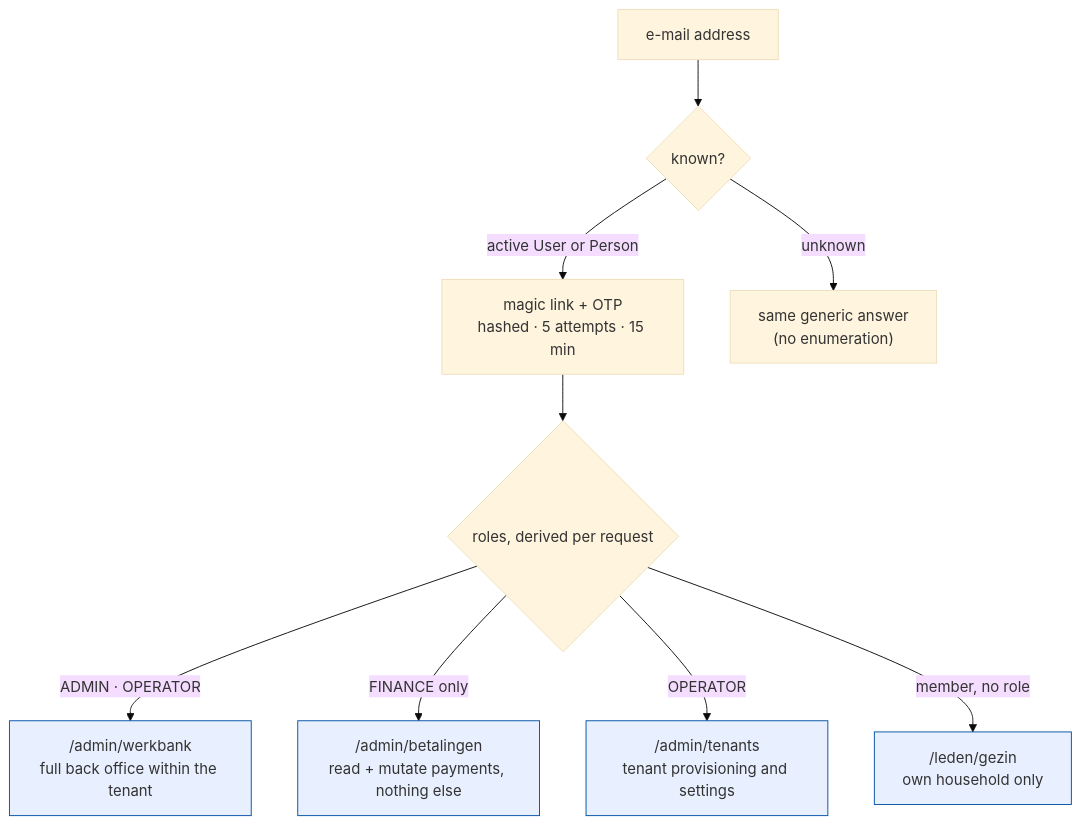
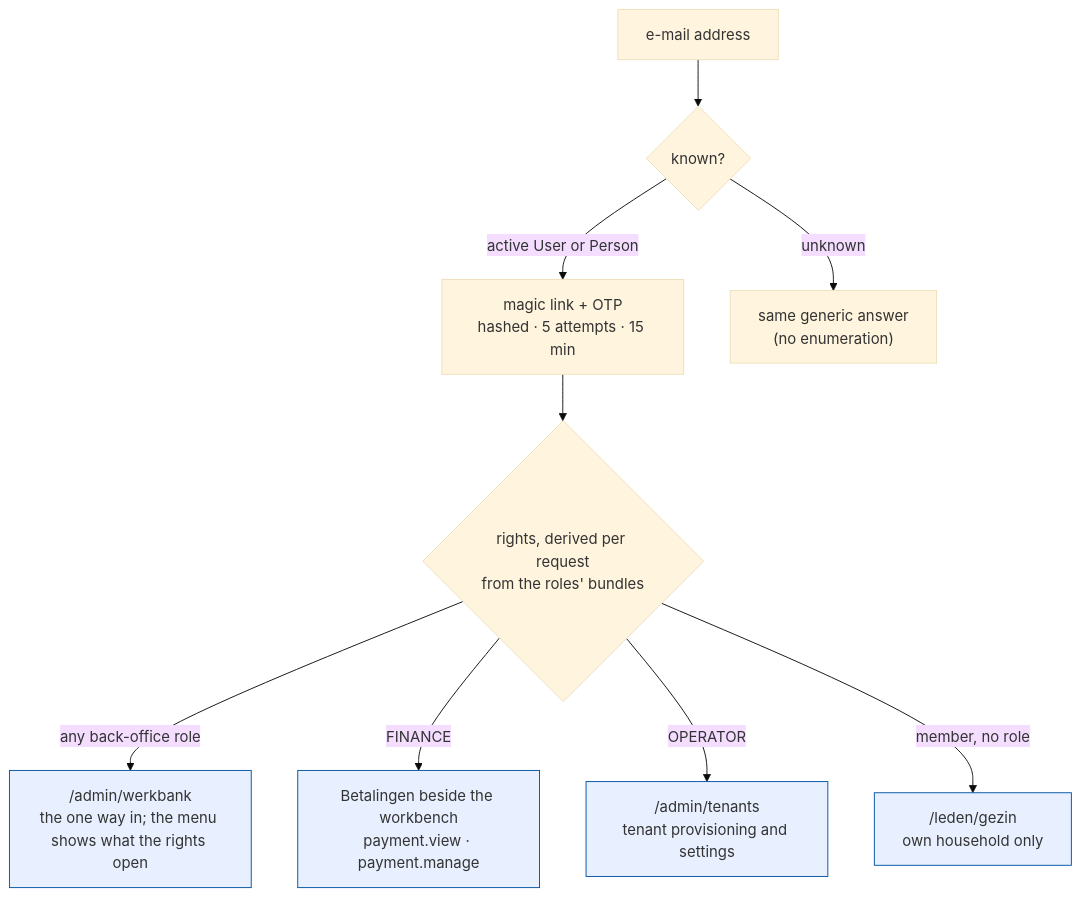
Before and after one commit to KoenRenders/KoenTest: the ninth of 14 diagrams in docs/architecture.md, drawn with Mermaid (base theme). The commit also changed other lines of this file and 6 other files, not shown here.

````diff
--- a/docs/architecture.md
+++ b/docs/architecture.md
@@ -427,13 +429,13 @@
 ```mermaid
 flowchart TB
   E[e-mail address] --> L{known?}
   L -->|active User or Person| T["magic link + OTP<br/>hashed · 5 attempts · 15 min"]
   L -->|unknown| Q["same generic answer<br/>(no enumeration)"]
-  T --> R{roles, derived per request}
-  R -->|ADMIN · OPERATOR| WB["/admin/werkbank<br/>full back office within the tenant"]
-  R -->|FINANCE only| PAY["/admin/betalingen<br/>read + mutate payments, nothing else"]
+  T --> R{rights, derived per request<br/>from the roles' bundles}
+  R -->|any back-office role| WB["/admin/werkbank<br/>the one way in; the menu shows what the rights open"]
+  R -->|FINANCE| PAY["Betalingen beside the workbench<br/>payment.view · payment.manage"]
   R -->|OPERATOR| TEN["/admin/tenants<br/>tenant provisioning and settings"]
   R -->|member, no role| HH["/leden/gezin<br/>own household only"]
   classDef r fill:#e8f0ff,stroke:#0051a4;
   class WB,PAY,TEN,HH r
 ```
````
